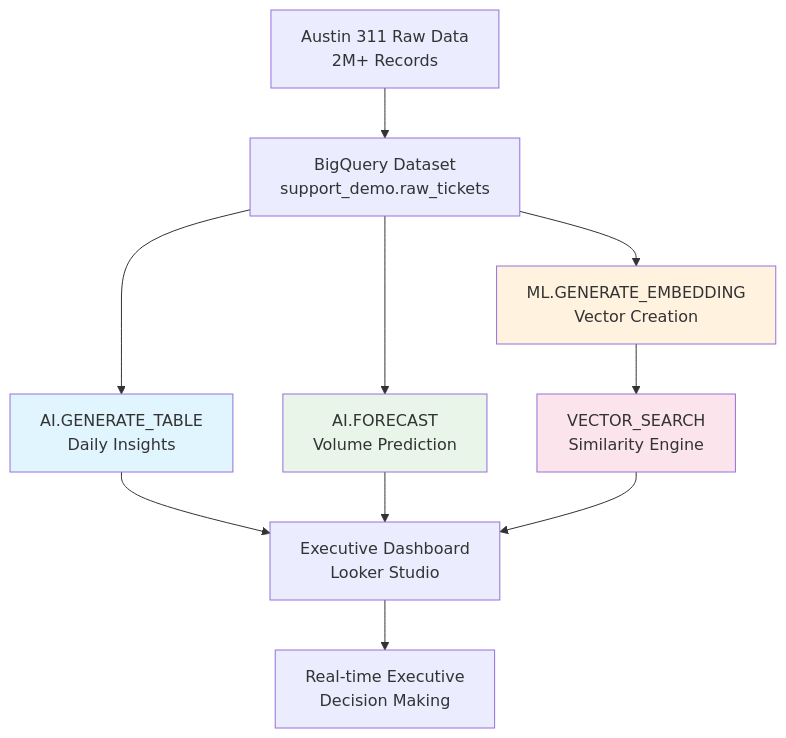
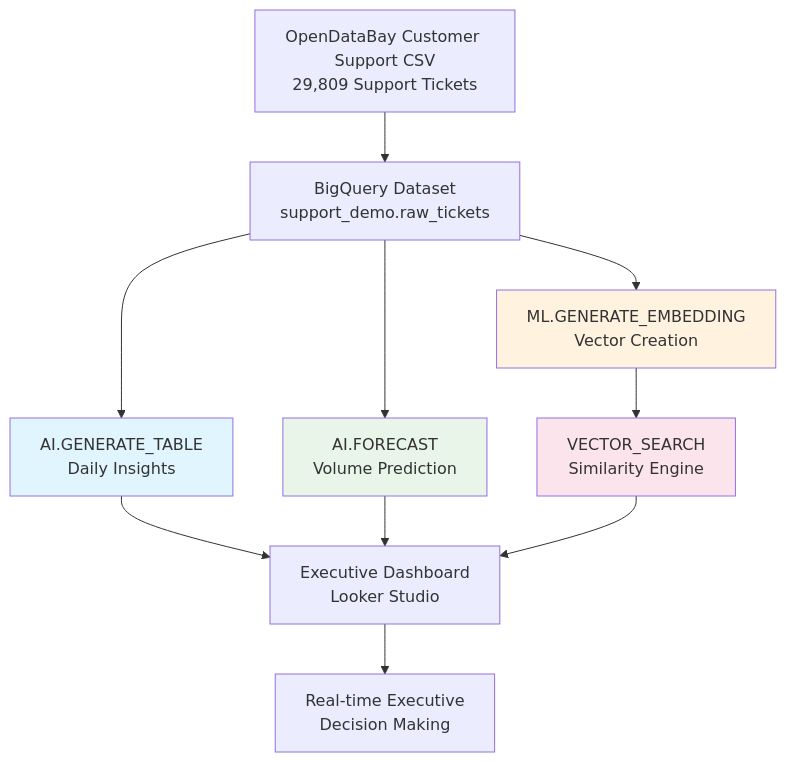
Before and after one commit to cschanhniem/bigquery-support-bot: the first of 2 diagrams in Kaggle-Writeup.md, drawn with Mermaid. The commit also changed other lines of this file and 12 other files, not shown here.

````diff
--- a/Kaggle-Writeup.md
+++ b/Kaggle-Writeup.md
@@ -25,19 +26,19 @@
 ```mermaid
 graph TD
-    A[Austin 311 Raw Data<br/>2M+ Records] --> B[BigQuery Dataset<br/>support_demo.raw_tickets]
+    A[OpenDataBay Customer Support CSV<br/>29,809 Support Tickets] --> B[BigQuery Dataset<br/>support_demo.raw_tickets]
     B --> C[AI.GENERATE_TABLE<br/>Daily Insights]
     B --> D[AI.FORECAST<br/>Volume Prediction]
     B --> E[ML.GENERATE_EMBEDDING<br/>Vector Creation]
     
     C --> F[Executive Dashboard<br/>Looker Studio]
     D --> F
     E --> G[VECTOR_SEARCH<br/>Similarity Engine]
     G --> F
     
     F --> H[Real-time Executive<br/>Decision Making]
     
     style C fill:#e1f5fe
     style D fill:#e8f5e8
     style E fill:#fff3e0
     style G fill:#fce4ec
 ```
````
